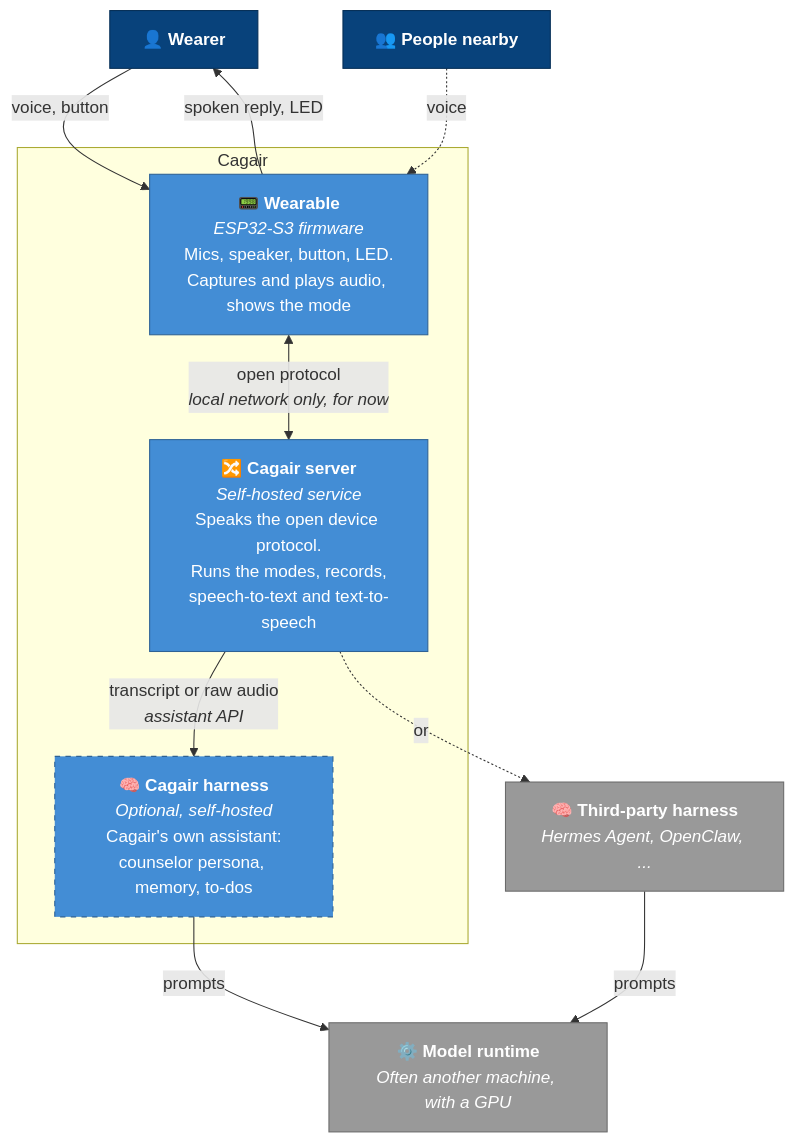
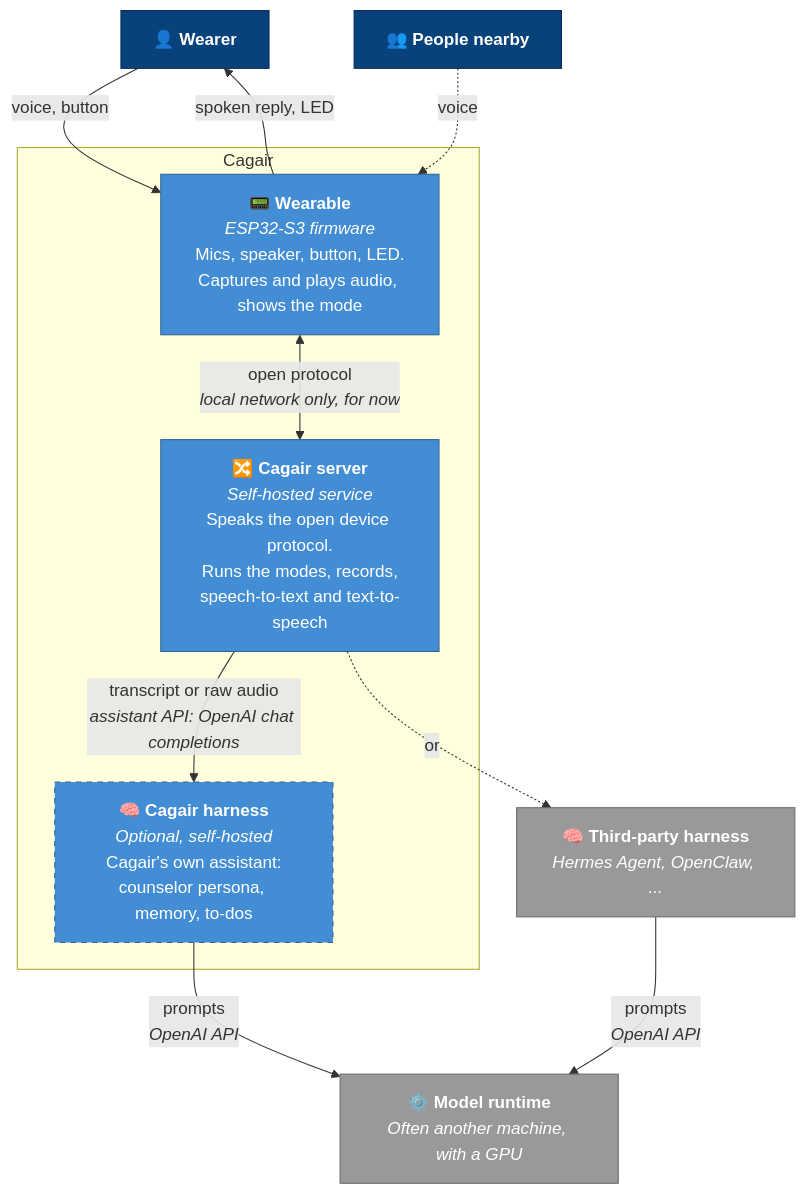
One commit to alphanovia/cagair changed the second of 2 diagrams in docs/architecture.md. Above: the diagram before and after it, drawn with Mermaid. The commit also changed other lines of this file, not shown here.

First line of the commit message:
Record OpenAI API as harness-to-model API; propose chat completions for server-to-harness

````diff
--- a/docs/architecture.md
+++ b/docs/architecture.md
@@ -49,33 +49,33 @@
 ```mermaid
 flowchart TB
     wearer["👤 <b>Wearer</b>"]
     bystander["👥 <b>People nearby</b>"]
 
     subgraph cagair_boundary ["Cagair"]
         wearable["📟 <b>Wearable</b><br/><i>ESP32-S3 firmware</i><br/>Mics, speaker, button, LED.<br/>Captures and plays audio, shows the mode"]
         server["🔀 <b>Cagair server</b><br/><i>Self-hosted service</i><br/>Speaks the open device protocol.<br/>Runs the modes, records,<br/>speech-to-text and text-to-speech"]
         own_harness["🧠 <b>Cagair harness</b><br/><i>Optional, self-hosted</i><br/>Cagair's own assistant:<br/>counselor persona, memory, to-dos"]
     end
 
     third_party["🧠 <b>Third-party harness</b><br/><i>Hermes Agent, OpenClaw, ...</i>"]
     models["⚙️ <b>Model runtime</b><br/><i>Often another machine, with a GPU</i>"]
 
     wearer -- "voice, button" --> wearable
     wearable -- "spoken reply, LED" --> wearer
     bystander -. "voice" .-> wearable
 
     wearable <-->|"open protocol<br/><i>local network only, for now</i>"| server
-    server -- "transcript or raw audio<br/><i>assistant API</i>" --> own_harness
+    server -- "transcript or raw audio<br/><i>assistant API: OpenAI chat completions</i>" --> own_harness
     server -. "or" .-> third_party
-    own_harness -- "prompts" --> models
-    third_party -- "prompts" --> models
+    own_harness -- "prompts<br/><i>OpenAI API</i>" --> models
+    third_party -- "prompts<br/><i>OpenAI API</i>" --> models
 
     classDef person fill:#08427b,stroke:#052e56,color:#fff
     classDef container fill:#438dd5,stroke:#2e6295,color:#fff
     classDef optional fill:#438dd5,stroke:#2e6295,color:#fff,stroke-dasharray: 5 5
     classDef external fill:#999,stroke:#6b6b6b,color:#fff
     class wearer,bystander person
     class wearable,server container
     class own_harness optional
     class third_party,models external
 ```
````
